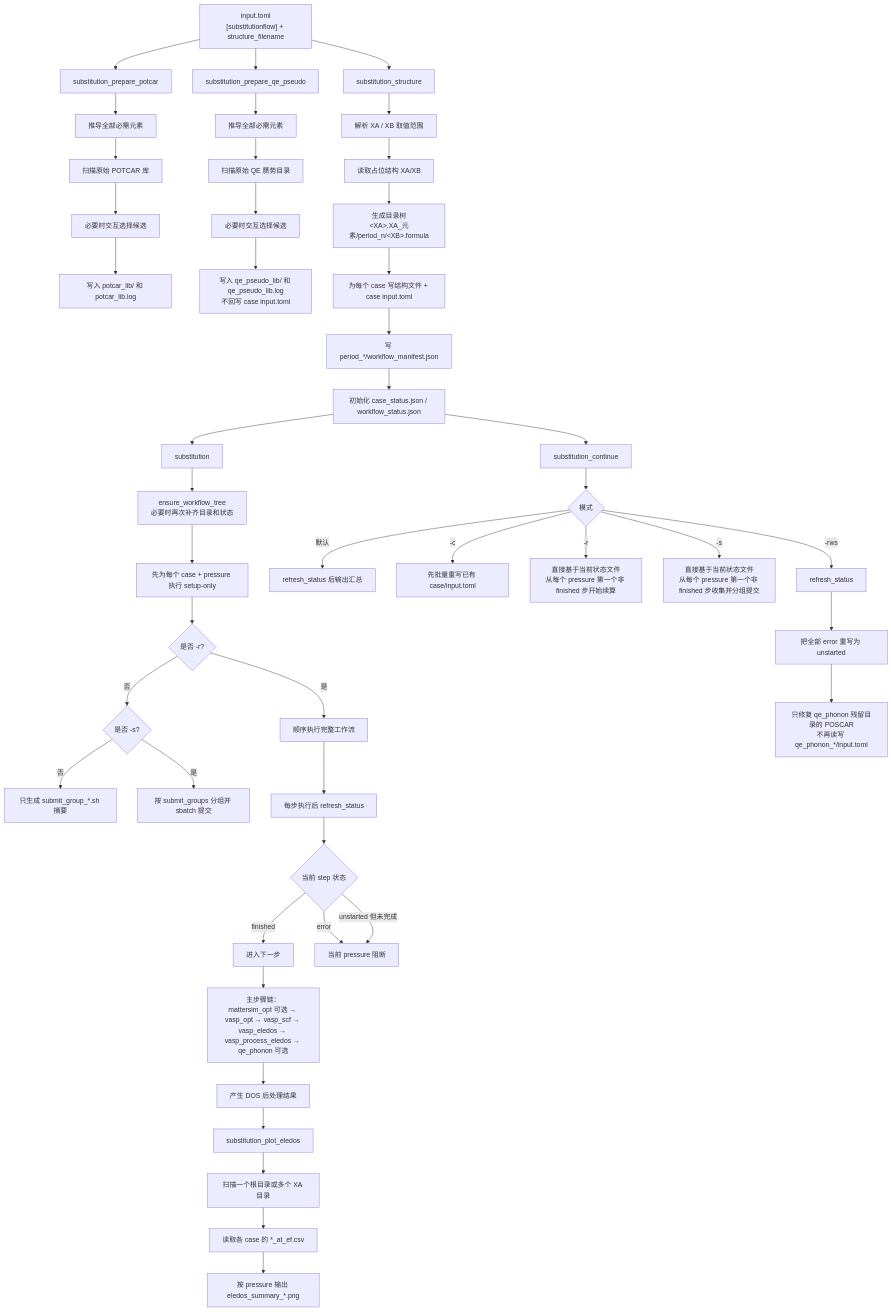
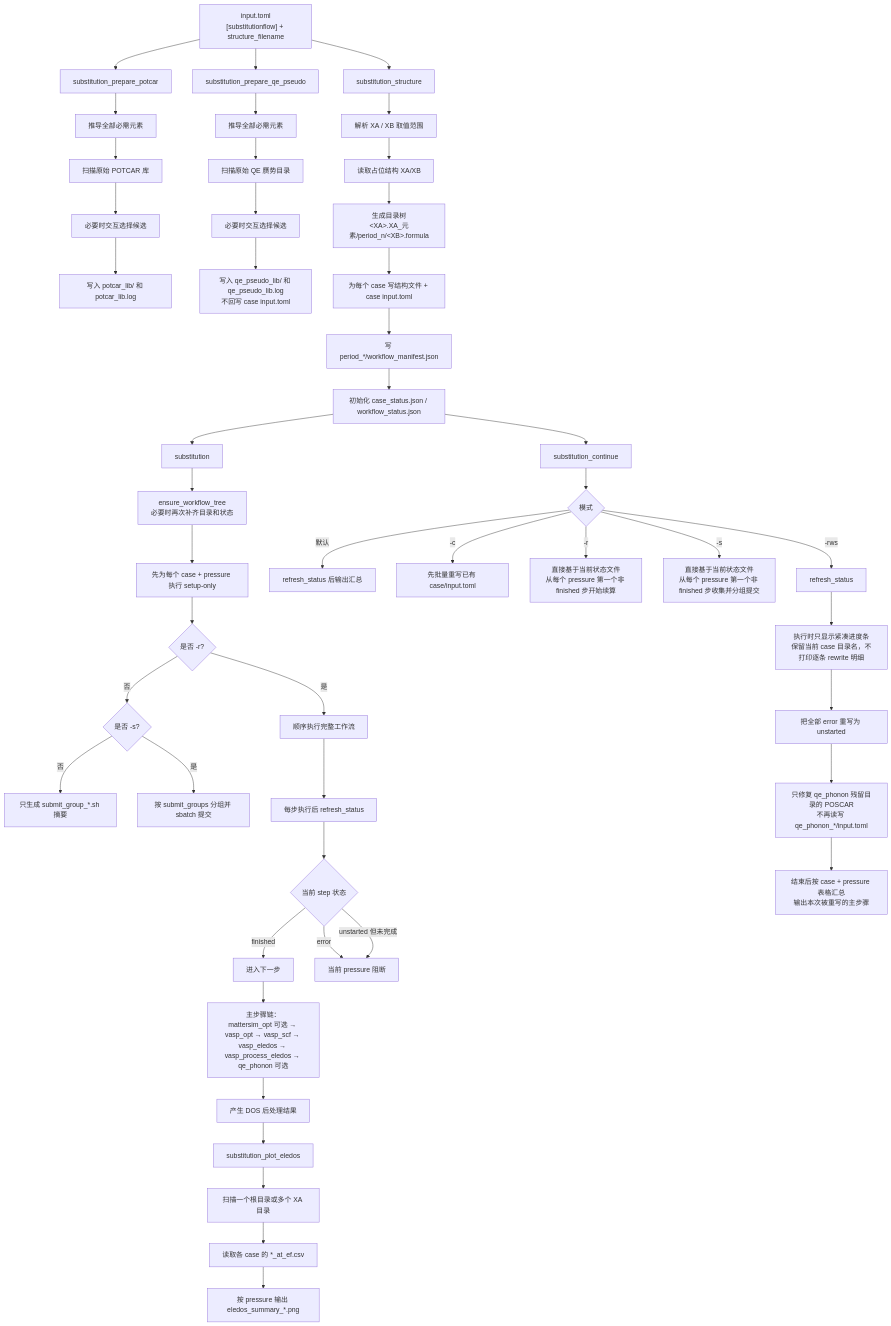
The diagram in substitutionflow/substitutionflow-cli-flow.mmd (JLU-ICCMS-MaYuan/dftflow), drawn with Mermaid before and after one commit. The commit also changed 3 other files, not shown here.

Commit message:
[2026-04-26 11:37:48] 重构：收敛 substitution_continue -rws 输出与流程图

```diff
--- a/substitutionflow/substitutionflow-cli-flow.mmd
+++ b/substitutionflow/substitutionflow-cli-flow.mmd
@@ -1,57 +1,59 @@
 ---
 id: 61c1c106-7cba-4135-88e9-749bc5ab8a44
 ---
 flowchart TD
     A["input.toml<br/>[substitutionflow] + structure_filename"] --> B["substitution_structure"]
     A --> C["substitution_prepare_potcar"]
     A --> D["substitution_prepare_qe_pseudo"]
 
     C --> C1["推导全部必需元素"]
     C1 --> C2["扫描原始 POTCAR 库"]
     C2 --> C3["必要时交互选择候选"]
     C3 --> C4["写入 potcar_lib/ 和 potcar_lib.log"]
 
     D --> D1["推导全部必需元素"]
     D1 --> D2["扫描原始 QE 赝势目录"]
     D2 --> D3["必要时交互选择候选"]
     D3 --> D4["写入 qe_pseudo_lib/ 和 qe_pseudo_lib.log<br/>不回写 case input.toml"]
 
     B --> B1["解析 XA / XB 取值范围"]
     B1 --> B2["读取占位结构 XA/XB"]
     B2 --> B3["生成目录树<br/>&lt;XA&gt;.XA_元素/period_n/&lt;XB&gt;.formula"]
     B3 --> B4["为每个 case 写结构文件 + case input.toml"]
     B4 --> B5["写 period_*/workflow_manifest.json"]
     B5 --> B6["初始化 case_status.json / workflow_status.json"]
 
     B6 --> E["substitution"]
 
     E --> E1["ensure_workflow_tree<br/>必要时再次补齐目录和状态"]
     E1 --> E2["先为每个 case + pressure 执行 setup-only"]
     E2 --> E3{"是否 -r?"}
     E3 -->|否| E4{"是否 -s?"}
     E3 -->|是| F["顺序执行完整工作流"]
     E4 -->|否| E5["只生成 submit_group_*.sh 摘要"]
     E4 -->|是| E6["按 submit_groups 分组并 sbatch 提交"]
 
     F --> F1["每步执行后 refresh_status"]
     F1 --> F2{"当前 step 状态"}
     F2 -->|finished| F3["进入下一步"]
     F2 -->|error| F4["当前 pressure 阻断"]
     F2 -->|unstarted 但未完成| F4
     F3 --> F5["主步骤链：<br/>mattersim_opt 可选 → vasp_opt → vasp_scf → vasp_eledos → vasp_process_eledos → qe_phonon 可选"]
 
     B6 --> G["substitution_continue"]
     G --> G1{"模式"}
     G1 -->|默认| G2["refresh_status 后输出汇总"]
     G1 -->| -c | G2A["先批量重写已有 case/input.toml"]
     G1 -->| -r | G3["直接基于当前状态文件<br/>从每个 pressure 第一个非 finished 步开始续算"]
     G1 -->| -s | G4["直接基于当前状态文件<br/>从每个 pressure 第一个非 finished 步收集并分组提交"]
     G1 -->| -rws | G5["refresh_status"]
-    G5 --> G6["把全部 error 重写为 unstarted"]
-    G6 --> G7["只修复 qe_phonon 残留目录的 POSCAR<br/>不再读写 qe_phonon_*/input.toml"]
+    G5 --> G6["执行时只显示紧凑进度条<br/>保留当前 case 目录名，不打印逐条 rewrite 明细"]
+    G6 --> G7["把全部 error 重写为 unstarted"]
+    G7 --> G8["只修复 qe_phonon 残留目录的 POSCAR<br/>不再读写 qe_phonon_*/input.toml"]
+    G8 --> G9["结束后按 case + pressure 表格汇总<br/>输出本次被重写的主步骤"]
 
     F5 --> H["产生 DOS 后处理结果"]
     H --> I["substitution_plot_eledos"]
     I --> I1["扫描一个根目录或多个 XA 目录"]
     I1 --> I2["读取各 case 的 *_at_ef.csv"]
     I2 --> I3["按 pressure 输出 eledos_summary_*.png"]
```
